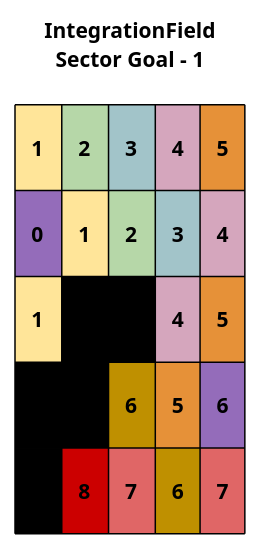
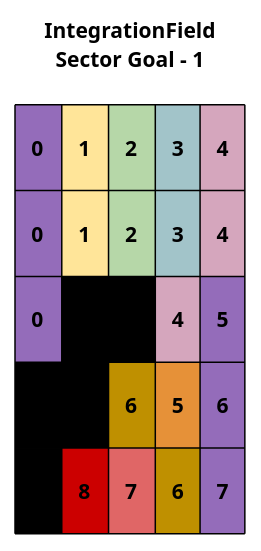
Before and after one commit to BlondeBurrito/bevy_flowfield_tiles_plugin: the diagram in docs/png/int_field_sector_to_sector_1.puml, drawn with PlantUML. The commit also changed 74 other files, not shown here.

```diff
--- a/docs/png/int_field_sector_to_sector_1.puml
+++ b/docs/png/int_field_sector_to_sector_1.puml
@@ -1,13 +1,13 @@
 @startuml int_field_sector_to_sector_1
 
 title
 IntegrationField
 Sector Goal - 1
 
-|<#ffe599>\n   1   \n|<#b6d7a8>\n   2   \n|<#a2c4c9>\n   3   \n|<#d5a6bd>\n   4   \n|<#e69138>\n   5   \n|
 |<#946cba>\n   0   \n|<#ffe599>\n   1   \n|<#b6d7a8>\n   2   \n|<#a2c4c9>\n   3   \n|<#d5a6bd>\n   4   \n|
-|<#ffe599>\n   1   \n|<#000000>\n   X   \n|<#000000>\n   X   \n|<#d5a6bd>\n   4   \n|<#e69138>\n   5   \n|
+|<#946cba>\n   0   \n|<#ffe599>\n   1   \n|<#b6d7a8>\n   2   \n|<#a2c4c9>\n   3   \n|<#d5a6bd>\n   4   \n|
+|<#946cba>\n   0   \n|<#000000>\n   X   \n|<#000000>\n   X   \n|<#d5a6bd>\n   4   \n|<#946cba>\n   5   \n|
 |<#000000>\n   X   \n|<#000000>\n   X   \n|<#bf9000>\n   6   \n|<#e69138>\n   5   \n|<#946cba>\n   6   \n|
-|<#000000>\n   X   \n|<#cc0000>\n   8   \n|<#e06666>\n   7   \n|<#bf9000>\n   6   \n|<#e06666>\n   7   \n|
+|<#000000>\n   X   \n|<#cc0000>\n   8   \n|<#e06666>\n   7   \n|<#bf9000>\n   6   \n|<#946cba>\n   7   \n|
 end title
 @enduml
```
